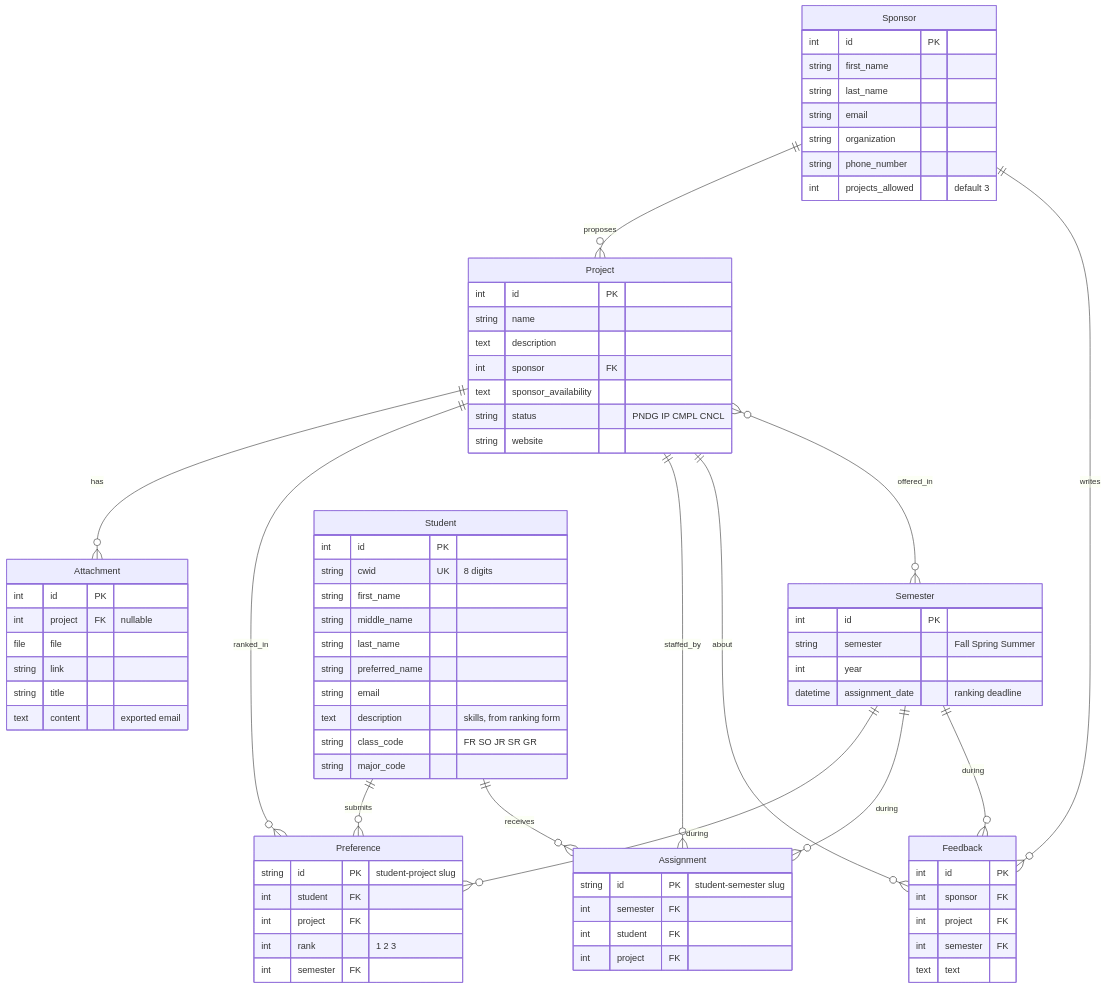
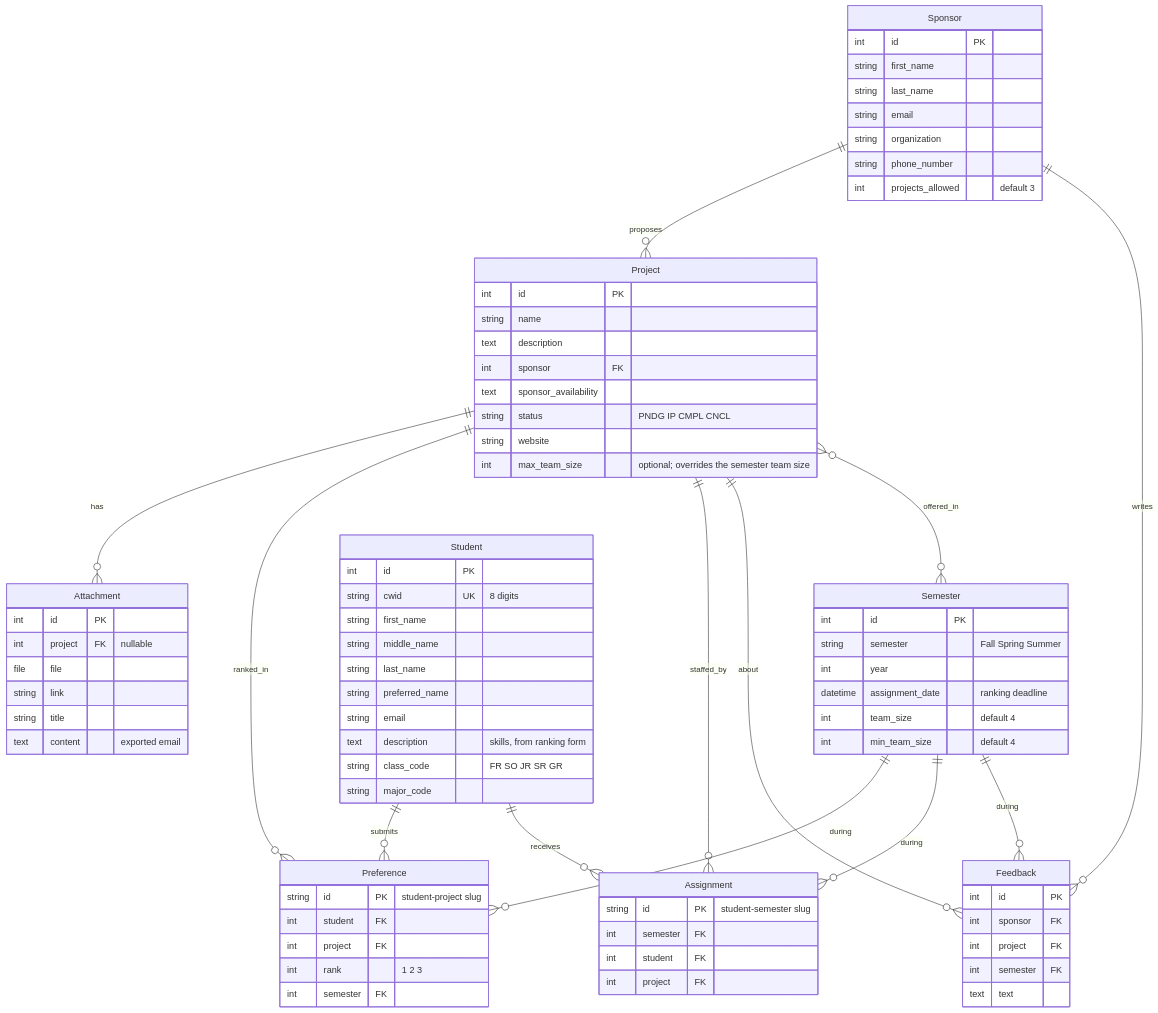
One commit to monicadelaine/capstone-design changed the diagram in docs/development-guide/data-model.md. Above: the diagram before and after it, drawn with Mermaid. The commit also changed other lines of this file and 3 other files, not shown here.

First line of the commit message:
Document team size settings

```diff
--- a/docs/development-guide/data-model.md
+++ b/docs/development-guide/data-model.md
@@ -50,12 +50,15 @@
         text sponsor_availability
         string status "PNDG IP CMPL CNCL"
         string website
+        int max_team_size "optional; overrides the semester team size"
     }
     Semester {
         int id PK
         string semester "Fall Spring Summer"
         int year
         datetime assignment_date "ranking deadline"
+        int team_size "default 4"
+        int min_team_size "default 4"
     }
     Preference {
         string id PK "student-project slug"
```
